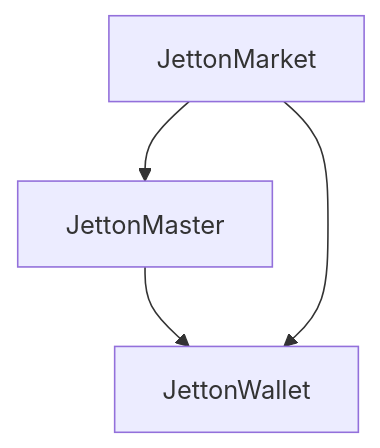
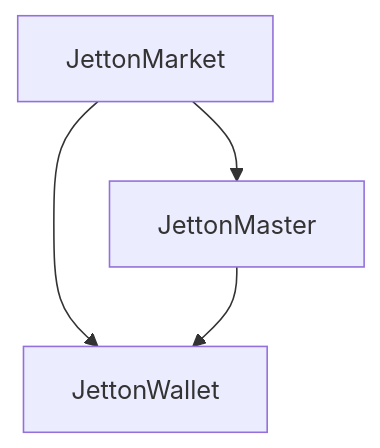
One commit to SteamDwarf/TelegramWebClicker changed the second of 2 diagrams in client/src/contracts/JettonMarket/tact_JettonMarket.md. Above: the diagram before and after it, drawn with Mermaid. The commit also changed other lines of this file and 19 other files, not shown here.

````diff
--- a/client/src/contracts/JettonMarket/tact_JettonMarket.md
+++ b/client/src/contracts/JettonMarket/tact_JettonMarket.md
@@ -174,7 +179,7 @@
 ```mermaid
 graph TD
 JettonMarket
+JettonMarket --> JettonWallet
 JettonMarket --> JettonMaster
 JettonMaster --> JettonWallet
-JettonMarket --> JettonWallet
 ```
````
